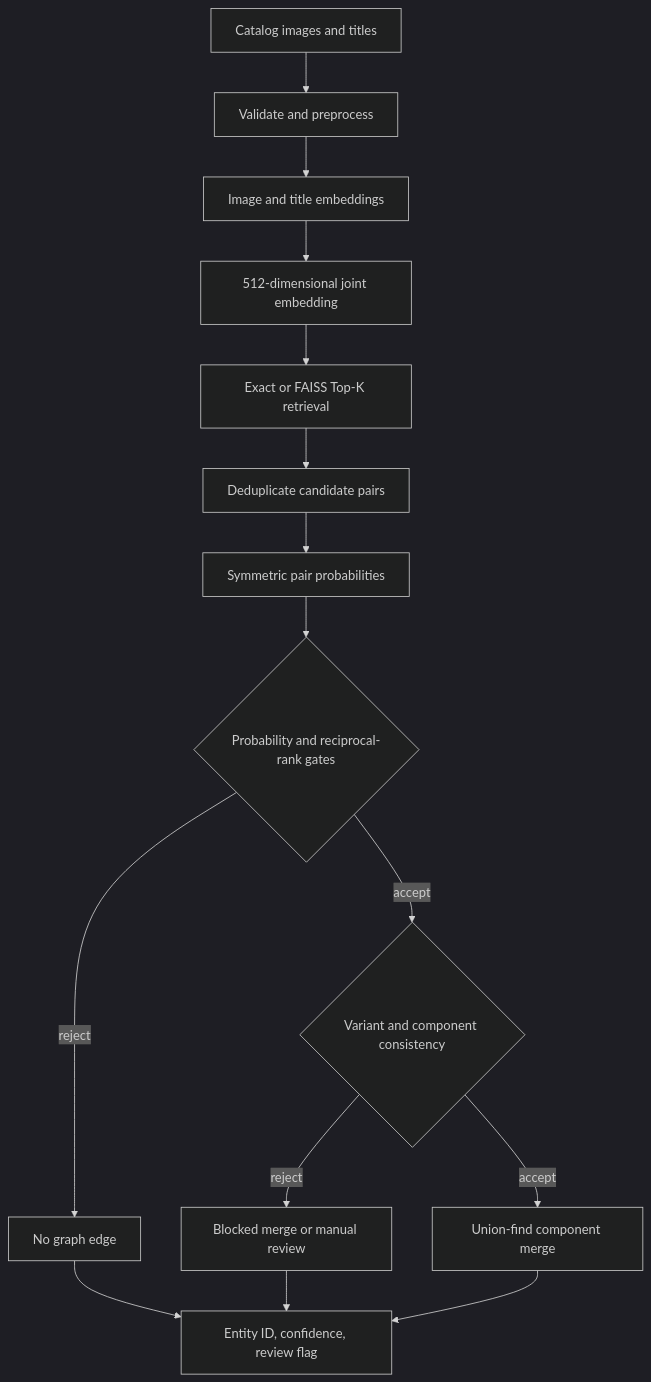
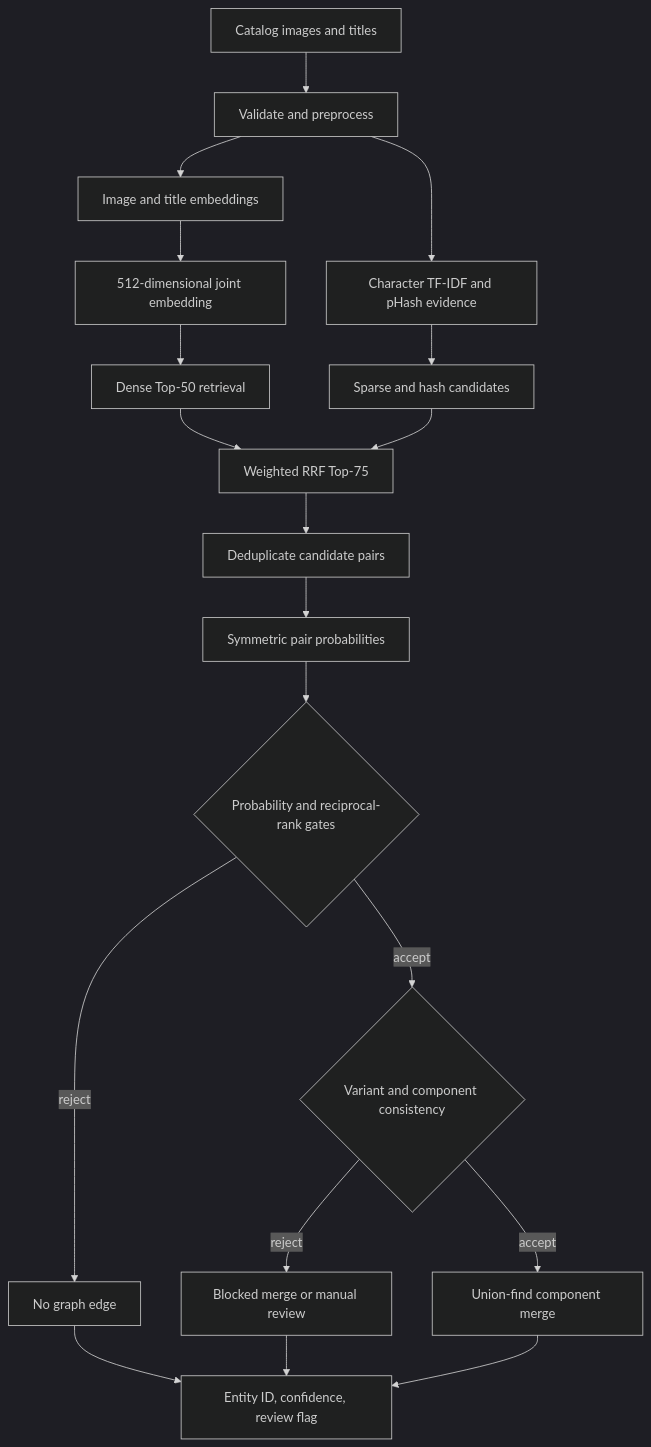
Before and after one commit to gauronaldo/Shopee-Price-Match-Guarantee-Competition: the second of 3 diagrams in docs/architecture.md, drawn with Mermaid (dark theme). The commit also changed other lines of this file and 8 other files, not shown here.

````diff
--- a/docs/architecture.md
+++ b/docs/architecture.md
@@ -31,17 +34,21 @@
 ```mermaid
 flowchart TD
     A[Catalog images and titles] --> B[Validate and preprocess]
     B --> C[Image and title embeddings]
     C --> D[512-dimensional joint embedding]
-    D --> E[Exact or FAISS Top-K retrieval]
-    E --> F[Deduplicate candidate pairs]
-    F --> G[Symmetric pair probabilities]
-    G --> H{Probability and reciprocal-rank gates}
-    H -->|reject| I[No graph edge]
-    H -->|accept| J{Variant and component consistency}
-    J -->|reject| K[Blocked merge or manual review]
-    J -->|accept| L[Union-find component merge]
-    L --> M[Entity ID, confidence, review flag]
-    I --> M
-    K --> M
+    B --> E[Character TF-IDF and pHash evidence]
+    D --> F[Dense Top-50 retrieval]
+    E --> G[Sparse and hash candidates]
+    F --> H[Weighted RRF Top-75]
+    G --> H
+    H --> I[Deduplicate candidate pairs]
+    I --> J[Symmetric pair probabilities]
+    J --> K{Probability and reciprocal-rank gates}
+    K -->|reject| L[No graph edge]
+    K -->|accept| M{Variant and component consistency}
+    M -->|reject| N[Blocked merge or manual review]
+    M -->|accept| O[Union-find component merge]
+    O --> P[Entity ID, confidence, review flag]
+    L --> P
+    N --> P
 ```
````
